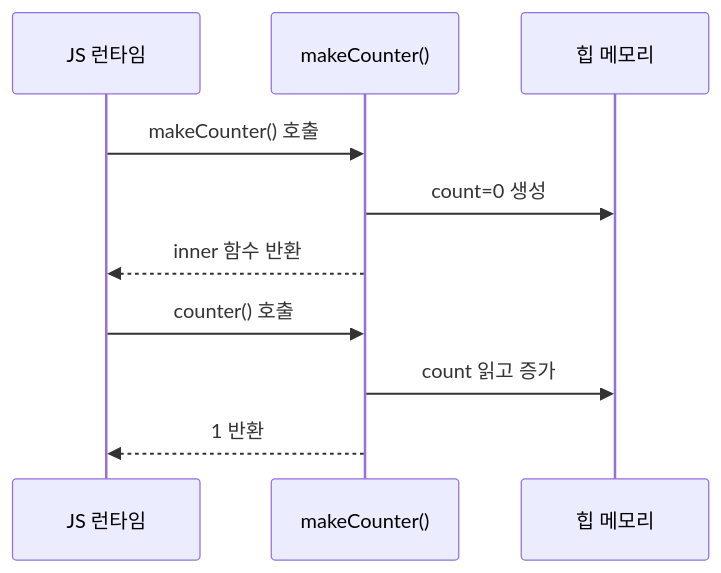
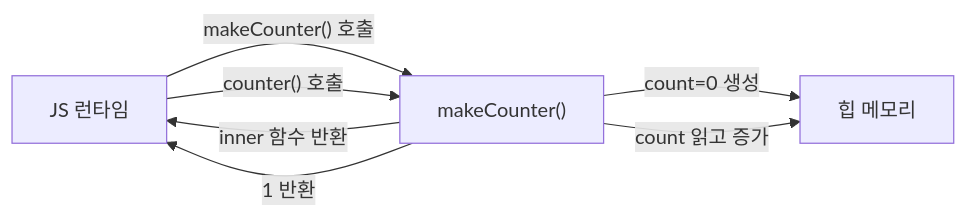
The third of 8 diagrams in _posts/frontend/2026-05-02-js-closure.md (yjkim2015/yjkim2015.github.io), drawn with Mermaid before and after one commit. The commit also changed 50 other files, not shown here.

First line of the commit message:
stateDiagram 11개 graph LR 변환 + 테이블 빈 셀 17개 수정

````diff
--- a/_posts/frontend/2026-05-02-js-closure.md
+++ b/_posts/frontend/2026-05-02-js-closure.md
@@ -106,12 +106,9 @@
 ```mermaid
-sequenceDiagram
-    participant R as JS 런타임
-    participant M as makeCounter()
-    participant H as 힙 메모리
-    R->>M: makeCounter() 호출
-    M->>H: count=0 생성
-    M-->>R: inner 함수 반환
-    R->>M: counter() 호출
-    M->>H: count 읽고 증가
-    M-->>R: 1 반환
+graph LR
+    R["JS 런타임"] -->|"makeCounter() 호출"| M["makeCounter()"]
+    M -->|"count=0 생성"| H["힙 메모리"]
+    M -->|"inner 함수 반환"| R
+    R -->|"counter() 호출"| M
+    M -->|"count 읽고 증가"| H
+    M -->|"1 반환"| R
 ```
````
